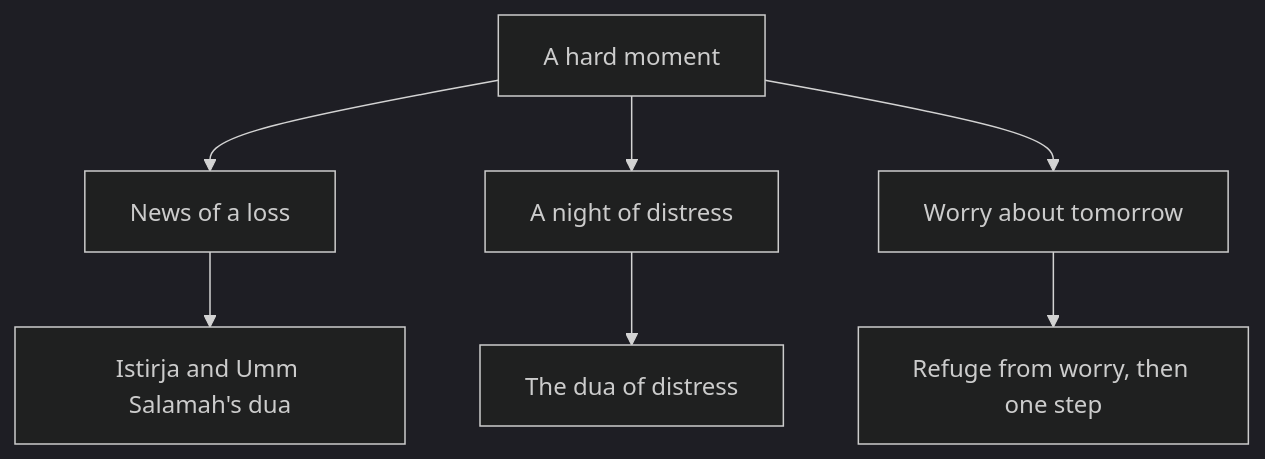
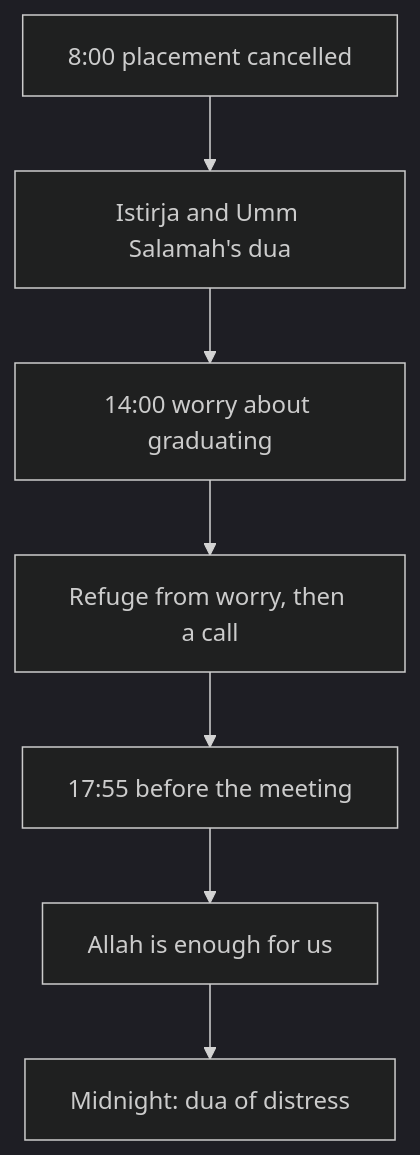
Before and after one commit to Muhammad-AnasKhan/Buildment: the diagram in content/import/faith-and-resilience/03-sabr/03.03-words-for-hard-moments.md, drawn with Mermaid (dark theme). The commit also changed other lines of this file and 19 other files, not shown here.

````diff
--- a/content/import/faith-and-resilience/03-sabr/03.03-words-for-hard-moments.md
+++ b/content/import/faith-and-resilience/03-sabr/03.03-words-for-hard-moments.md
@@ -95,9 +87,9 @@
 ```mermaid
 flowchart TD
-  A["A hard moment"] --> B["News of a loss"]
-  A --> C["A night of distress"]
-  A --> D["Worry about tomorrow"]
-  B --> E["Istirja and Umm Salamah's dua"]
-  C --> F["The dua of distress"]
-  D --> G["Refuge from worry, then one step"]
+  A["8:00 placement cancelled"] --> B["Istirja and Umm Salamah's dua"]
+  B --> C["14:00 worry about graduating"]
+  C --> D["Refuge from worry, then a call"]
+  D --> E["17:55 before the meeting"]
+  E --> F["Allah is enough for us"]
+  F --> G["Midnight: dua of distress"]
 ```
````
